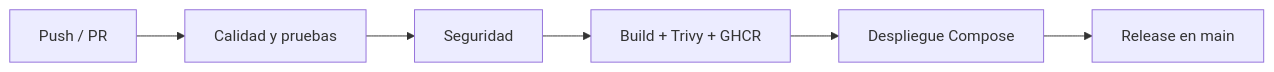
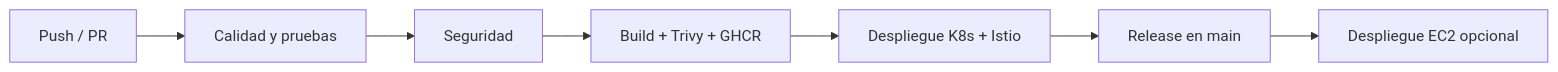
One commit to wsk4/perfumes-api changed the second of 2 diagrams in README.md. Above: the diagram before and after it, drawn with Mermaid. The commit also changed other lines of this file and 14 other files, not shown here.

````diff
--- a/README.md
+++ b/README.md
@@ -137,8 +161,9 @@
 ```mermaid
 flowchart LR
     C[Push / PR] --> Q[Calidad y pruebas]
     Q --> S[Seguridad]
     S --> D[Build + Trivy + GHCR]
-    D --> E[Despliegue Compose]
+    D --> E[Despliegue K8s + Istio]
     E --> R[Release en main]
+    R --> A[Despliegue EC2 opcional]
 ```
````
